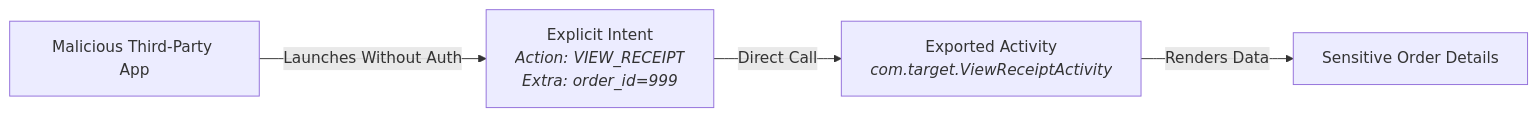
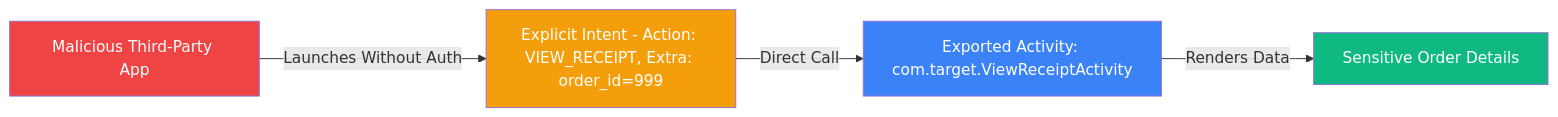
Before and after one commit to sivaoffl04/Cyber-Blog: the eighth of 15 diagrams in Android_pentest/Introduction, APK Analysis, JADX & MobSF/Android_pentest_part-1.MD, drawn with Mermaid. The commit also changed other lines of this file, not shown here.

Commit message:
Fix Mermaid diagram compatibility for GitHub rendering

````diff
--- a/Android_pentest/Introduction, APK Analysis, JADX & MobSF/Android_pentest_part-1.MD
+++ b/Android_pentest/Introduction, APK Analysis, JADX & MobSF/Android_pentest_part-1.MD
@@ -439,11 +459,16 @@
 ```mermaid
 flowchart LR
     MaliciousApp["Malicious Third-Party App"] 
-    Intent["Explicit Intent<br/><i>Action: VIEW_RECEIPT<br/>Extra: order_id=999</i>"]
-    ExportedAct["Exported Activity<br/><i>com.target.ViewReceiptActivity</i>"]
+    Intent["Explicit Intent - Action: VIEW_RECEIPT, Extra: order_id=999"]
+    ExportedAct["Exported Activity: com.target.ViewReceiptActivity"]
     Secret["Sensitive Order Details"]
 
     MaliciousApp -->|Launches Without Auth| Intent
     Intent -->|Direct Call| ExportedAct
     ExportedAct -->|Renders Data| Secret
+
+    style MaliciousApp fill:#ef4444,color:#fff
+    style Intent fill:#f59e0b,color:#fff
+    style ExportedAct fill:#3b82f6,color:#fff
+    style Secret fill:#10b981,color:#fff
 ```
````
